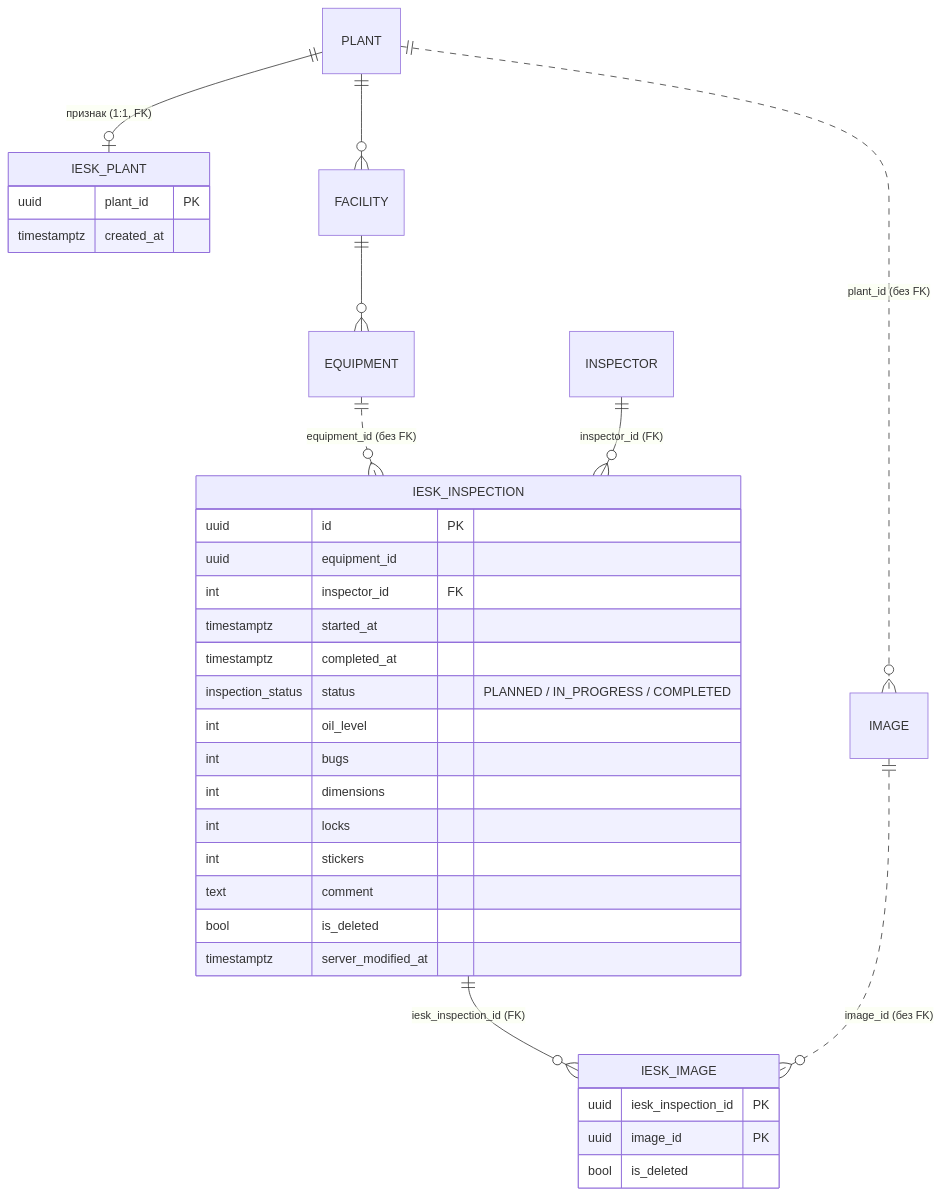
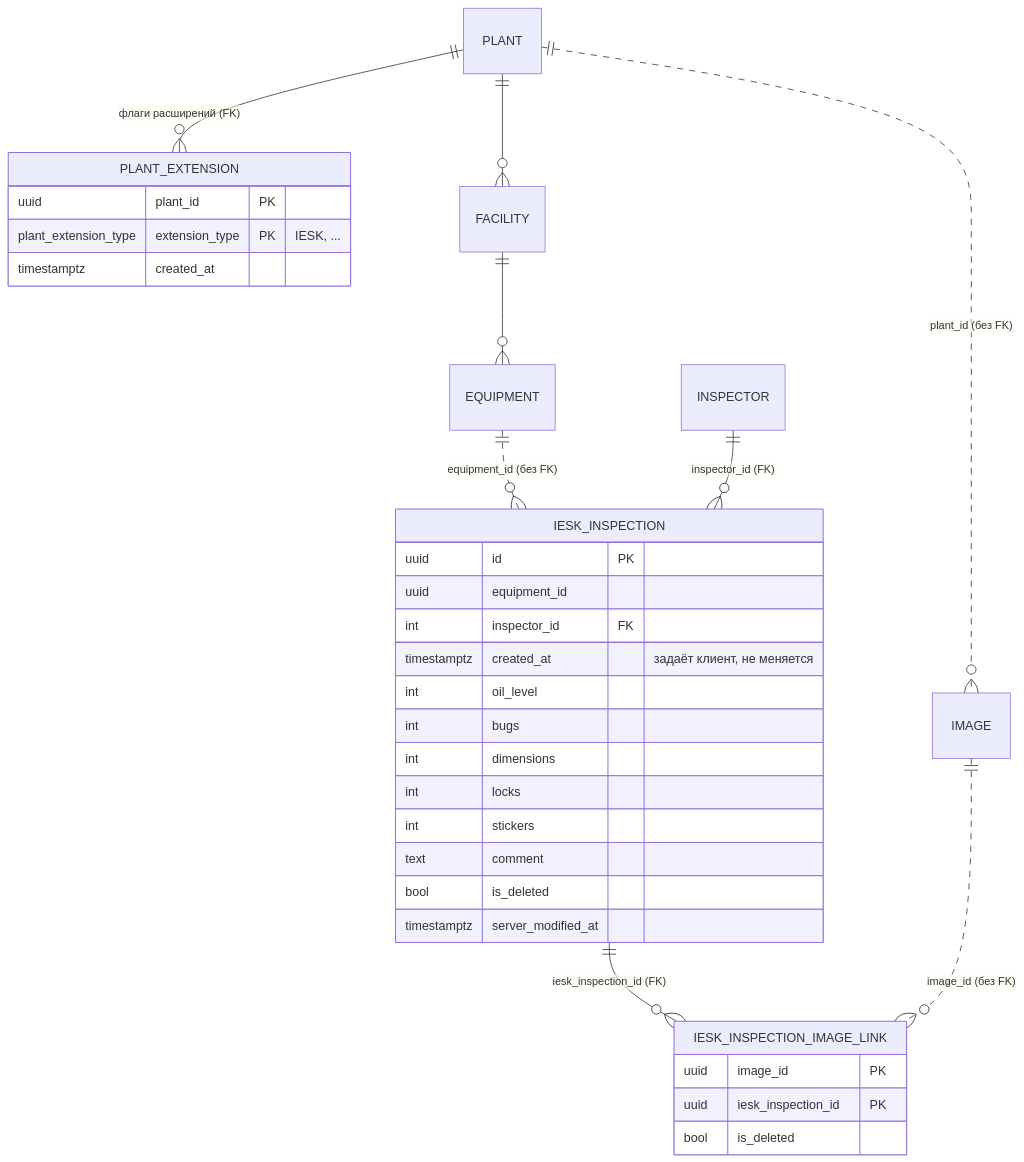
The first of 5 diagrams in docs/iesk/sync-flow.md (Thermoelectrica/l-backend), drawn with Mermaid before and after one commit. The commit also changed other lines of this file and 14 other files, not shown here.

````diff
--- a/docs/iesk/sync-flow.md
+++ b/docs/iesk/sync-flow.md
@@ -7,37 +7,36 @@
 ```mermaid
 erDiagram
-    PLANT ||--o| IESK_PLANT : "признак (1:1, FK)"
+    PLANT ||--o{ PLANT_EXTENSION : "флаги расширений (FK)"
     PLANT ||--o{ FACILITY : ""
     FACILITY ||--o{ EQUIPMENT : ""
     EQUIPMENT ||..o{ IESK_INSPECTION : "equipment_id (без FK)"
     INSPECTOR ||--o{ IESK_INSPECTION : "inspector_id (FK)"
-    IESK_INSPECTION ||--o{ IESK_IMAGE : "iesk_inspection_id (FK)"
-    IMAGE ||..o{ IESK_IMAGE : "image_id (без FK)"
+    IESK_INSPECTION ||--o{ IESK_INSPECTION_IMAGE_LINK : "iesk_inspection_id (FK)"
+    IMAGE ||..o{ IESK_INSPECTION_IMAGE_LINK : "image_id (без FK)"
     PLANT ||..o{ IMAGE : "plant_id (без FK)"
 
-    IESK_PLANT {
+    PLANT_EXTENSION {
         uuid plant_id PK
+        plant_extension_type extension_type PK "IESK, ..."
         timestamptz created_at
     }
     IESK_INSPECTION {
         uuid id PK
         uuid equipment_id
         int inspector_id FK
-        timestamptz started_at
-        timestamptz completed_at
-        inspection_status status "PLANNED / IN_PROGRESS / COMPLETED"
+        timestamptz created_at "задаёт клиент, не меняется"
         int oil_level
         int bugs
         int dimensions
         int locks
         int stickers
         text comment
         bool is_deleted
         timestamptz server_modified_at
     }
-    IESK_IMAGE {
+    IESK_INSPECTION_IMAGE_LINK {
+        uuid image_id PK
         uuid iesk_inspection_id PK
-        uuid image_id PK
         bool is_deleted
     }
 ```
````
